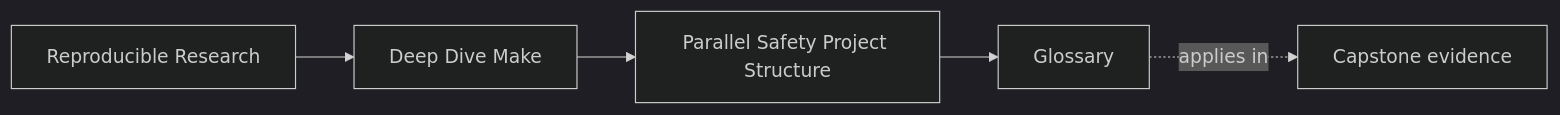
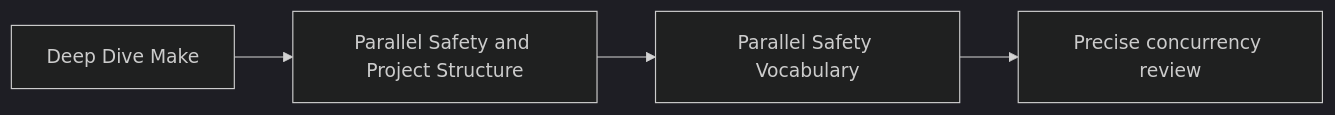
One commit to bijux/bijux-masterclass changed the first of 3 diagrams in programs/reproducible-research/deep-dive-make/course-book/module-02-parallel-safety-project-structure/glossary.md. Above: the diagram before and after it, drawn with Mermaid (dark theme). The commit also changed other lines of this file, not shown here.

Commit message:
docs(make): distinguish parallel safety vocabulary

````diff
--- a/programs/reproducible-research/deep-dive-make/course-book/module-02-parallel-safety-project-structure/glossary.md
+++ b/programs/reproducible-research/deep-dive-make/course-book/module-02-parallel-safety-project-structure/glossary.md
@@ -7,11 +8,6 @@
 ```mermaid
 graph LR
-  family["Reproducible Research"]
-  program["Deep Dive Make"]
-  section["Parallel Safety Project Structure"]
-  page["Glossary"]
-  capstone["Capstone evidence"]
-
-  family --> program --> section --> page
-  page -.applies in.-> capstone
+  course["Deep Dive Make"] --> module["Parallel Safety and Project Structure"]
+  module --> page["Parallel Safety Vocabulary"]
+  page --> review["Precise concurrency review"]
 ```
````
